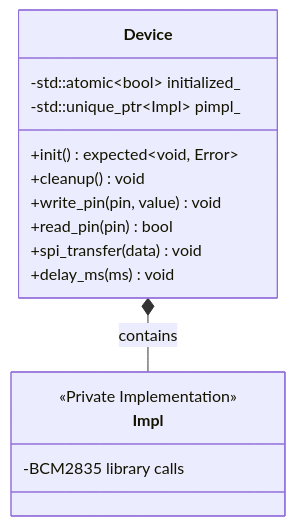
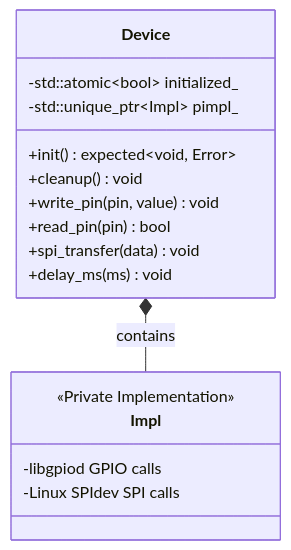
One commit to johanns/libepaper changed the second of 12 diagrams in docs/ARCHITECTURE.md. Above: the diagram before and after it, drawn with Mermaid. The commit also changed other lines of this file and 18 other files, not shown here.

First line of the commit message:
refactor: migrate from BCM2835 to libgpiod and SPIdev for GPIO/SPI access

````diff
--- a/docs/ARCHITECTURE.md
+++ b/docs/ARCHITECTURE.md
@@ -115,20 +116,21 @@
 ```mermaid
 classDiagram
     class Device {
         -std::atomic~bool~ initialized_
         -std::unique_ptr~Impl~ pimpl_
         +init() expected~void, Error~
         +cleanup() void
         +write_pin(pin, value) void
         +read_pin(pin) bool
         +spi_transfer(data) void
         +delay_ms(ms) void
     }
 
     class Impl {
         <<Private Implementation>>
-        -BCM2835 library calls
+        -libgpiod GPIO calls
+        -Linux SPIdev SPI calls
     }
 
     Device *-- Impl : contains
 ```
````
